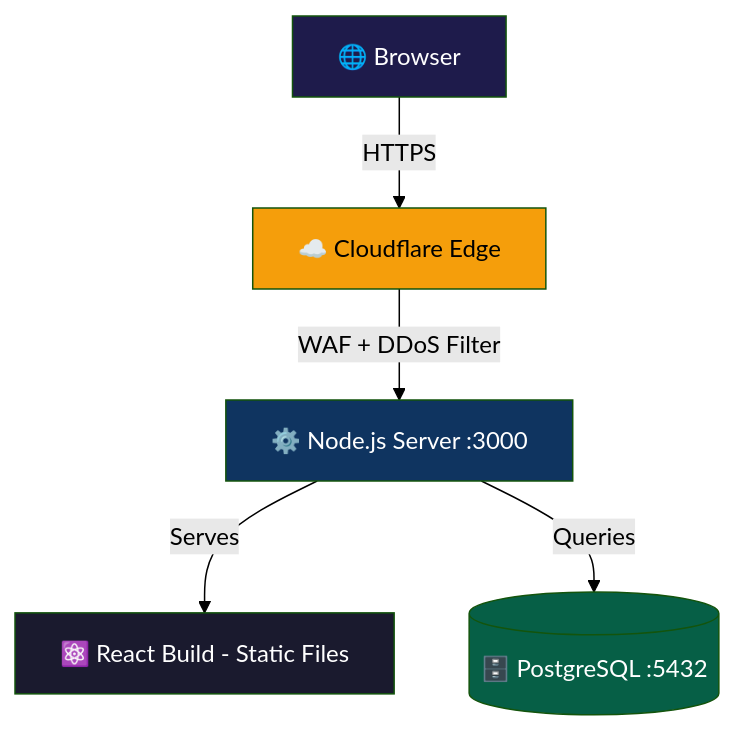
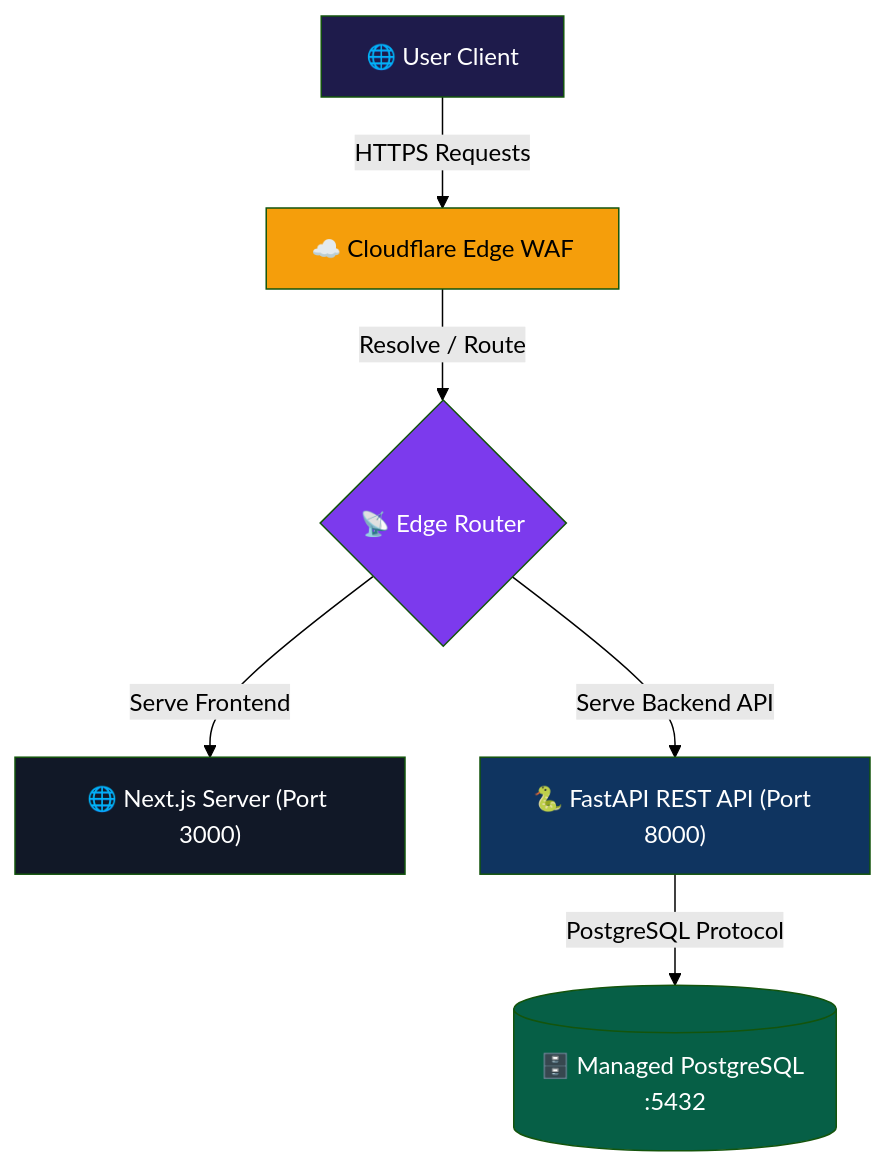
One commit to algorithnicmind/Bookflow-management changed the fourth of 4 diagrams in docs/04-HLD.md. Above: the diagram before and after it, drawn with Mermaid (forest theme). The commit also changed other lines of this file and 3 other files, not shown here.

Commit message:
feat: implement FastAPI-based authentication system with JWT, role-based access control, and database models.

````diff
--- a/docs/04-HLD.md
+++ b/docs/04-HLD.md
@@ -205,13 +206,17 @@
 ```mermaid
 graph TD
-    Browser[🌐 Browser] -->|HTTPS| CF[☁️ Cloudflare Edge]
-    CF -->|WAF + DDoS Filter| Server[⚙️ Node.js Server :3000]
-    Server -->|Serves| React[⚛️ React Build - Static Files]
-    Server -->|Queries| DB[(🗄️ PostgreSQL :5432)]
+    Browser[🌐 User Client] -->|HTTPS Requests| CF[☁️ Cloudflare Edge WAF]
+    CF -->|Resolve / Route| Router{"📡 Edge Router"}
+    
+    Router -->|Serve Frontend| NextApp["🌐 Next.js Server (Port 3000)"]
+    Router -->|Serve Backend API| FastAPI["🐍 FastAPI REST API (Port 8000)"]
+    
+    FastAPI -->|PostgreSQL Protocol| DB[(🗄️ Managed PostgreSQL :5432)]
     
     style Browser fill:#1e1b4b,color:#fff
     style CF fill:#F59E0B,color:#000
-    style Server fill:#0f3460,color:#fff
-    style React fill:#1a1a2e,color:#fff
+    style Router fill:#7C3AED,color:#fff
+    style NextApp fill:#111827,color:#fff
+    style FastAPI fill:#0f3460,color:#fff
     style DB fill:#065f46,color:#fff
 ```
````
